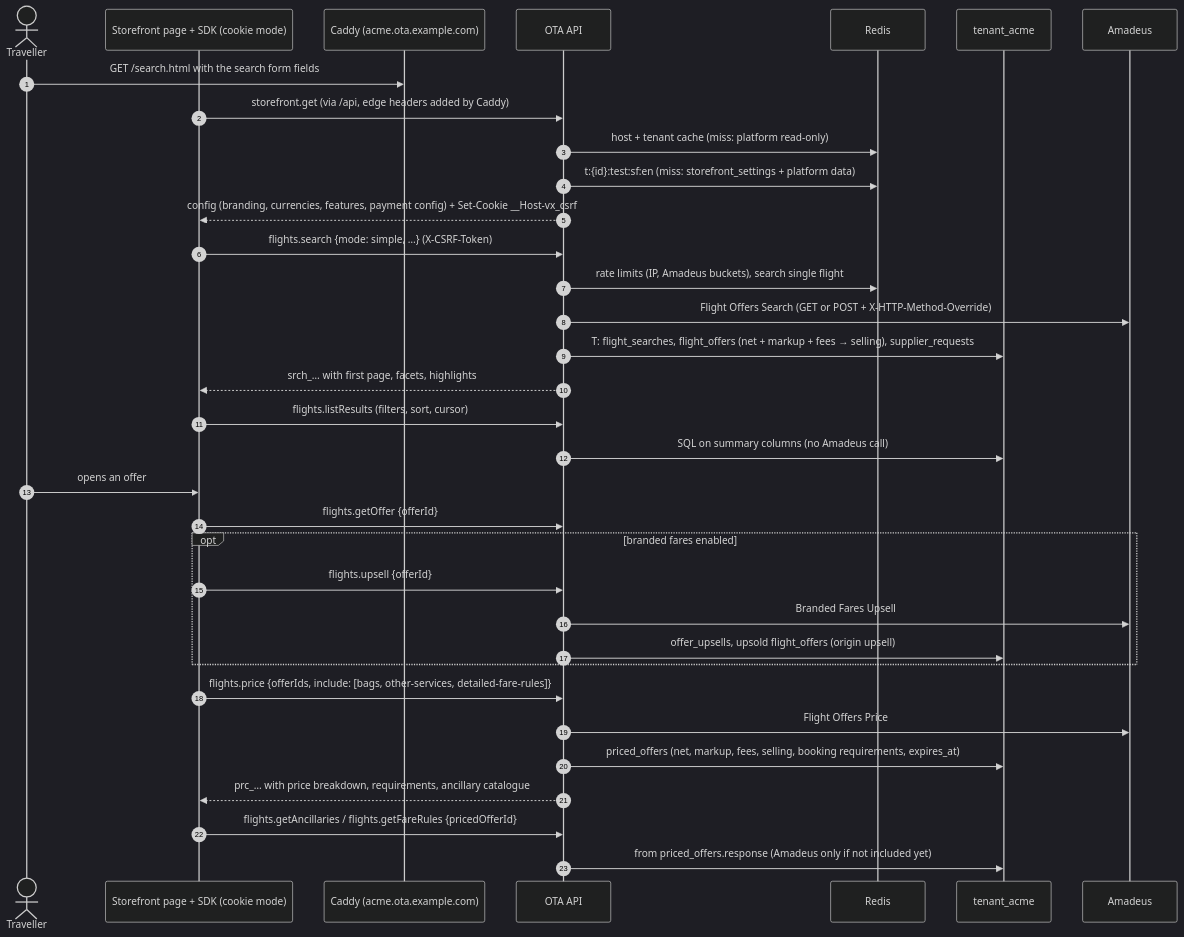
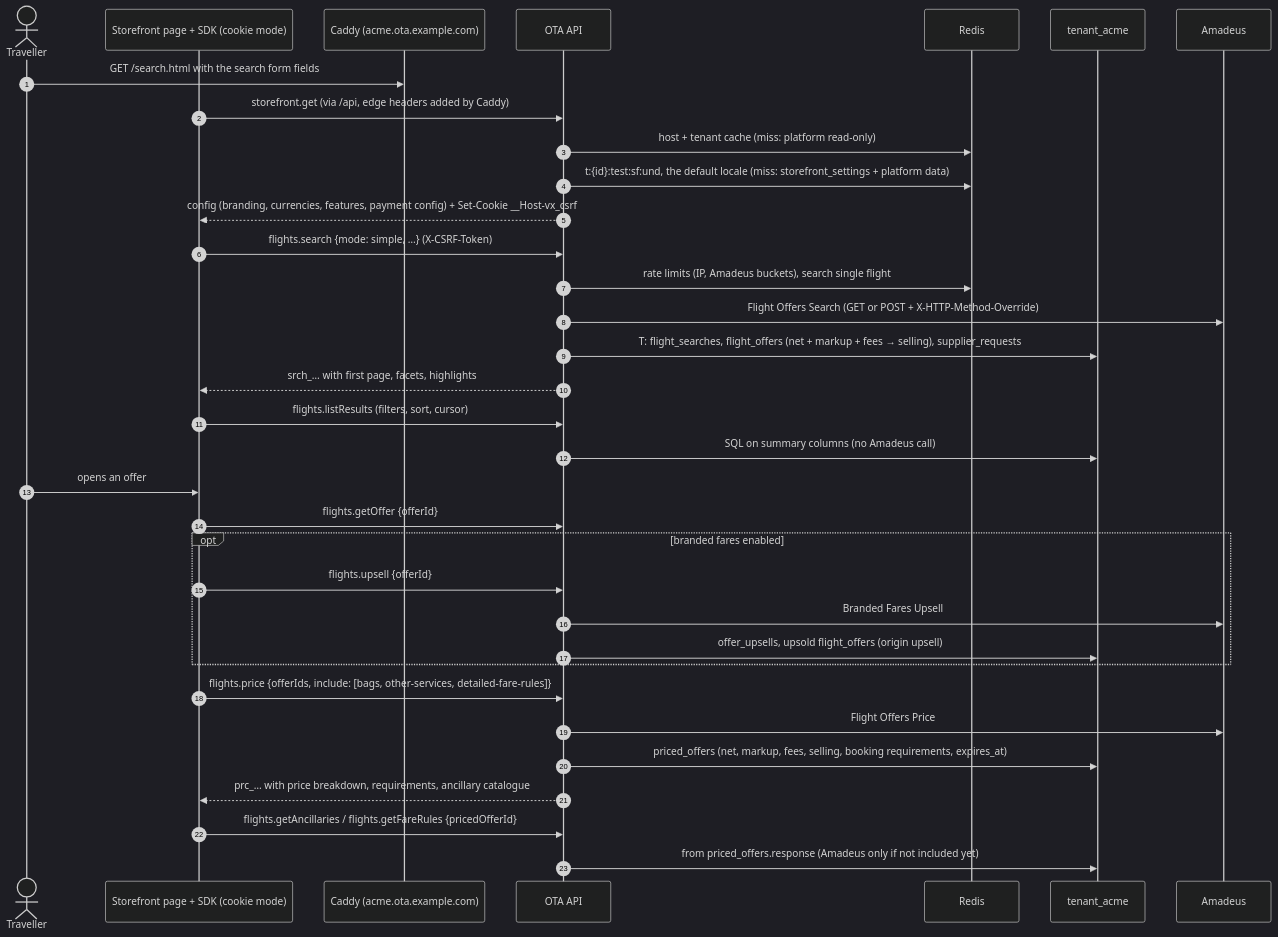
One commit to bhagwati-prasad/velexis-ota changed the diagram in ota/docs/flows/search-and-price.md. Above: the diagram before and after it, drawn with Mermaid (dark theme). The commit also changed 19 other files, not shown here.

````diff
--- a/ota/docs/flows/search-and-price.md
+++ b/ota/docs/flows/search-and-price.md
@@ -9,37 +9,37 @@
 ```mermaid
 sequenceDiagram
   autonumber
   actor T as Traveller
   participant B as Storefront page + SDK (cookie mode)
   participant C as Caddy (acme.ota.example.com)
   participant O as OTA API
   participant R as Redis
   participant D as tenant_acme
   participant A as Amadeus
 
   T->>C: GET /search.html with the search form fields
   B->>O: storefront.get (via /api, edge headers added by Caddy)
   O->>R: host + tenant cache (miss: platform read-only)
-  O->>R: t:{id}:test:sf:en (miss: storefront_settings + platform data)
+  O->>R: t:{id}:test:sf:und, the default locale (miss: storefront_settings + platform data)
   O-->>B: config (branding, currencies, features, payment config) + Set-Cookie __Host-vx_csrf
   B->>O: flights.search {mode: simple, …} (X-CSRF-Token)
   O->>R: rate limits (IP, Amadeus buckets), search single flight
   O->>A: Flight Offers Search (GET or POST + X-HTTP-Method-Override)
   O->>D: T: flight_searches, flight_offers (net + markup + fees → selling), supplier_requests
   O-->>B: srch_… with first page, facets, highlights
   B->>O: flights.listResults (filters, sort, cursor)
   O->>D: SQL on summary columns (no Amadeus call)
   T->>B: opens an offer
   B->>O: flights.getOffer {offerId}
   opt branded fares enabled
     B->>O: flights.upsell {offerId}
     O->>A: Branded Fares Upsell
     O->>D: offer_upsells, upsold flight_offers (origin upsell)
   end
   B->>O: flights.price {offerIds, include: [bags, other-services, detailed-fare-rules]}
   O->>A: Flight Offers Price
   O->>D: priced_offers (net, markup, fees, selling, booking requirements, expires_at)
   O-->>B: prc_… with price breakdown, requirements, ancillary catalogue
   B->>O: flights.getAncillaries / flights.getFareRules {pricedOfferId}
   O->>D: from priced_offers.response (Amadeus only if not included yet)
 ```
````
